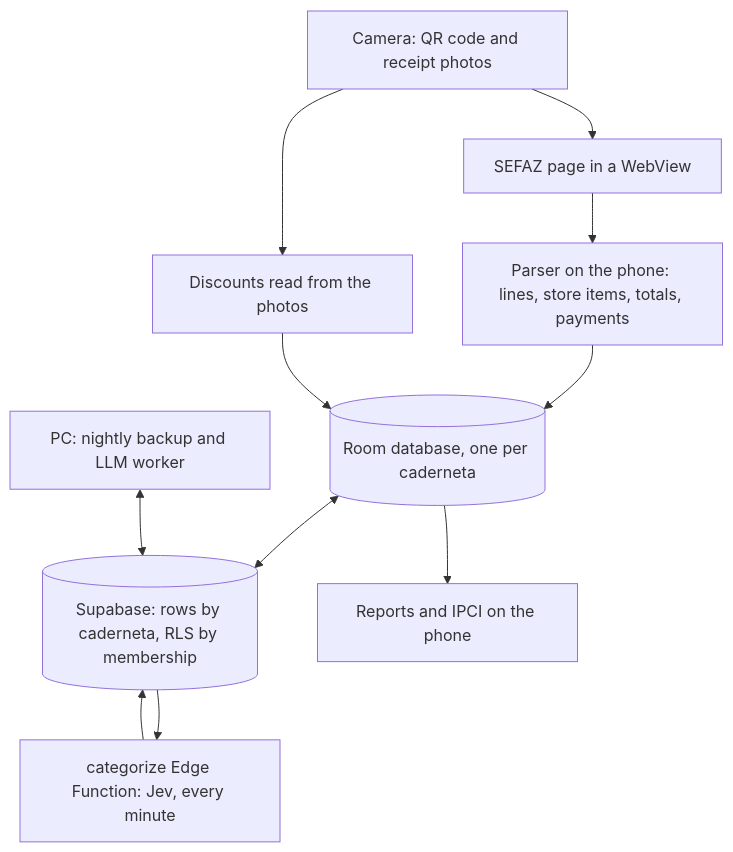
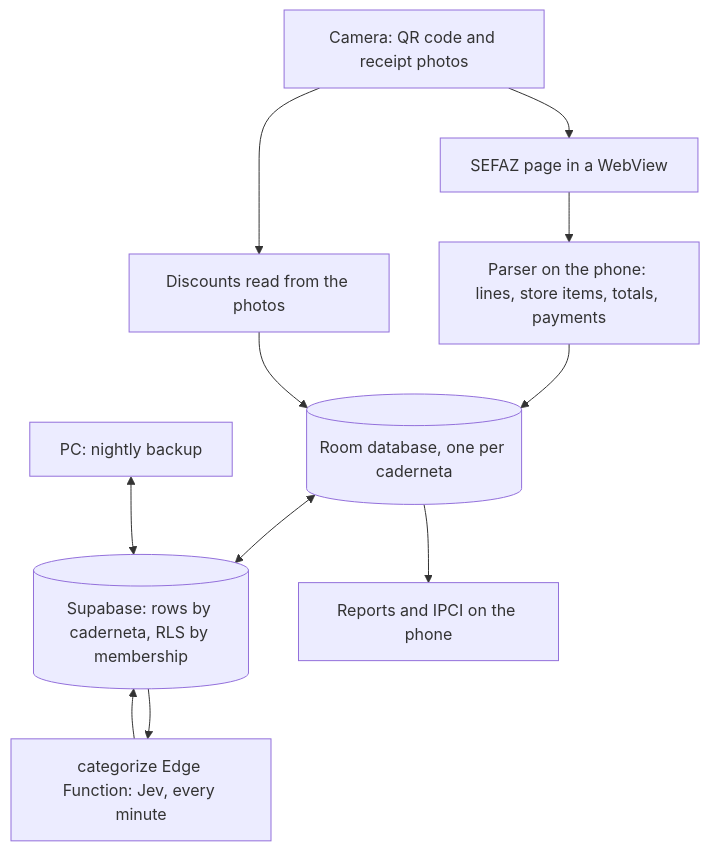
One commit to SandroRoque/getNF changed the diagram in docs/architecture.md. Above: the diagram before and after it, drawn with Mermaid. The commit also changed other lines of this file and 11 other files, not shown here.

First line of the commit message:
Suspend the nightly LLM worker; the backup retries and notifies when it fails (D168)

````diff
--- a/docs/architecture.md
+++ b/docs/architecture.md
@@ -9,13 +9,13 @@
 ```mermaid
 flowchart TD
     A[Camera: QR code and receipt photos] --> B[SEFAZ page in a WebView]
     B --> C[Parser on the phone: lines, store items, totals, payments]
     A --> D[Discounts read from the photos]
     C --> E[(Room database, one per caderneta)]
     D --> E
     E <--> F[(Supabase: rows by caderneta, RLS by membership)]
     F --> G[categorize Edge Function: Jev, every minute]
     G --> F
-    H[PC: nightly backup and LLM worker] <--> F
+    H[PC: nightly backup] <--> F
     E --> I[Reports and IPCI on the phone]
 ```
````
